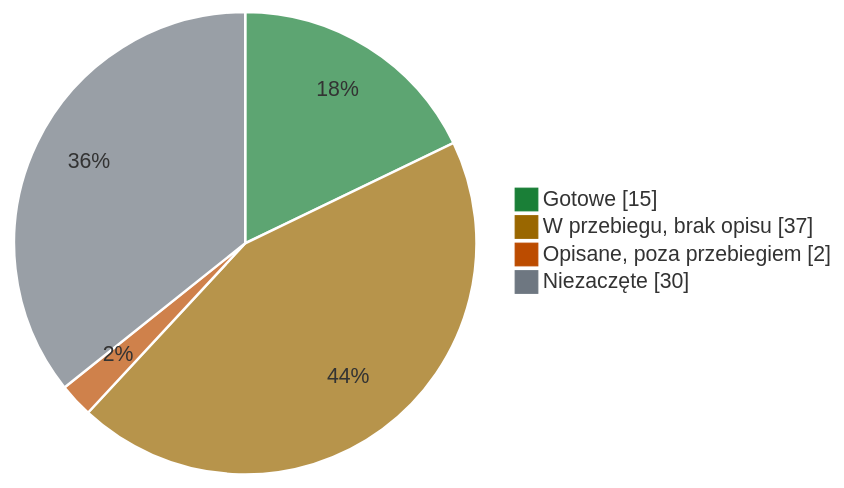
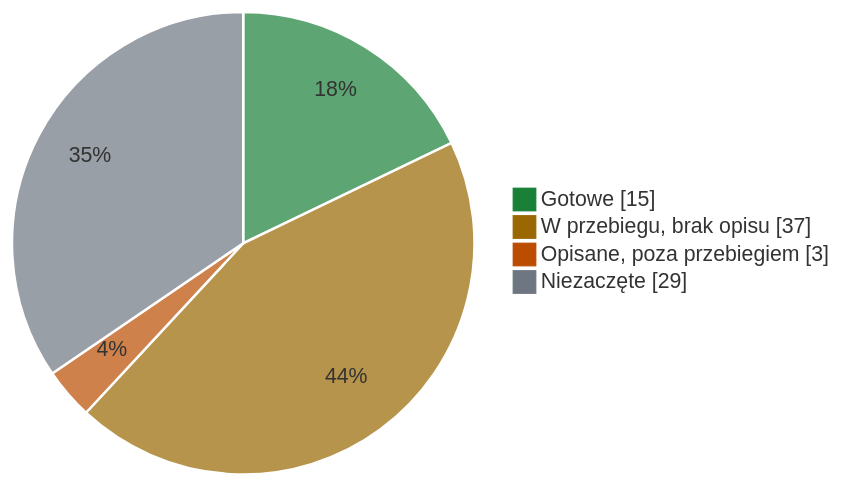
Before and after one commit to slayerlabs/benchmarks-fabryka-ai: the diagram in research/STATUS.md, drawn with Mermaid. The commit also changed other lines of this file and 4 other files, not shown here.

````diff
--- a/research/STATUS.md
+++ b/research/STATUS.md
@@ -14,8 +14,8 @@
 ```mermaid
 %%{init: {'theme': 'base', 'themeVariables': {'pie1': '#1a7f37', 'pie2': '#9a6700', 'pie3': '#bc4c00', 'pie4': '#6e7781', 'pieStrokeColor': '#ffffff', 'pieOuterStrokeWidth': '0px'}}}%%
 pie showData
     "Gotowe" : 15
     "W przebiegu, brak opisu" : 37
-    "Opisane, poza przebiegiem" : 2
-    "Niezaczęte" : 30
+    "Opisane, poza przebiegiem" : 3
+    "Niezaczęte" : 29
 ```
````
